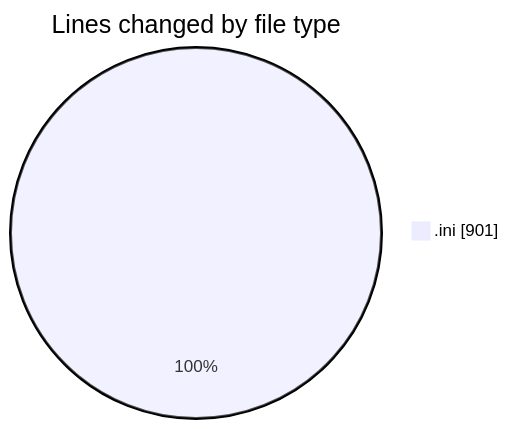
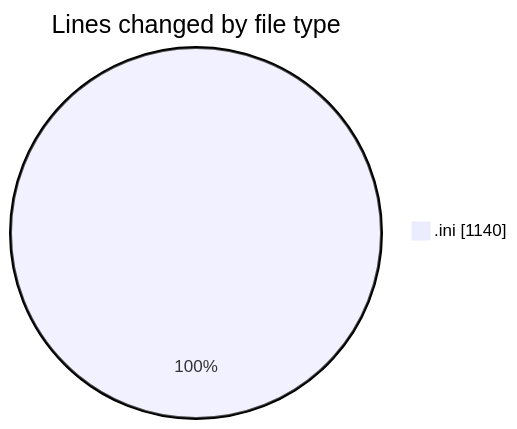
The first of 2 diagrams in 2025-08-01/data/README.md (Netris89/code-tracking), drawn with Mermaid before and after one commit. The commit also changed other lines of this file and 1 other file, not shown here.

````diff
--- a/2025-08-01/data/README.md
+++ b/2025-08-01/data/README.md
@@ -21,5 +22,5 @@
 ```mermaid
 pie showData
 title Lines changed by file type
-".ini" : 901
+".ini" : 1140
 ```
````
